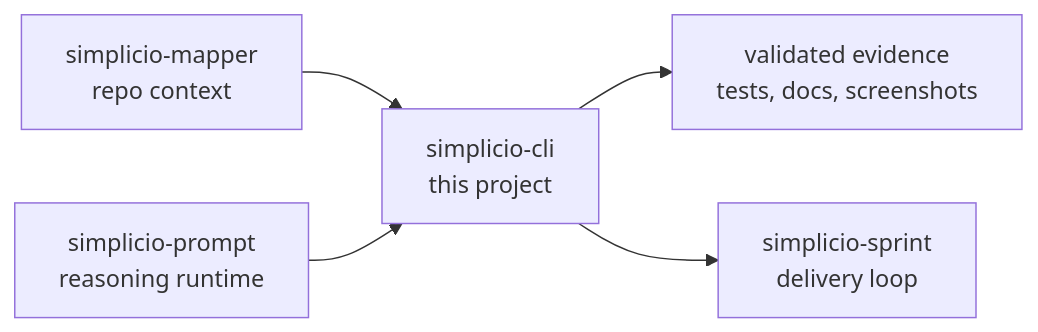
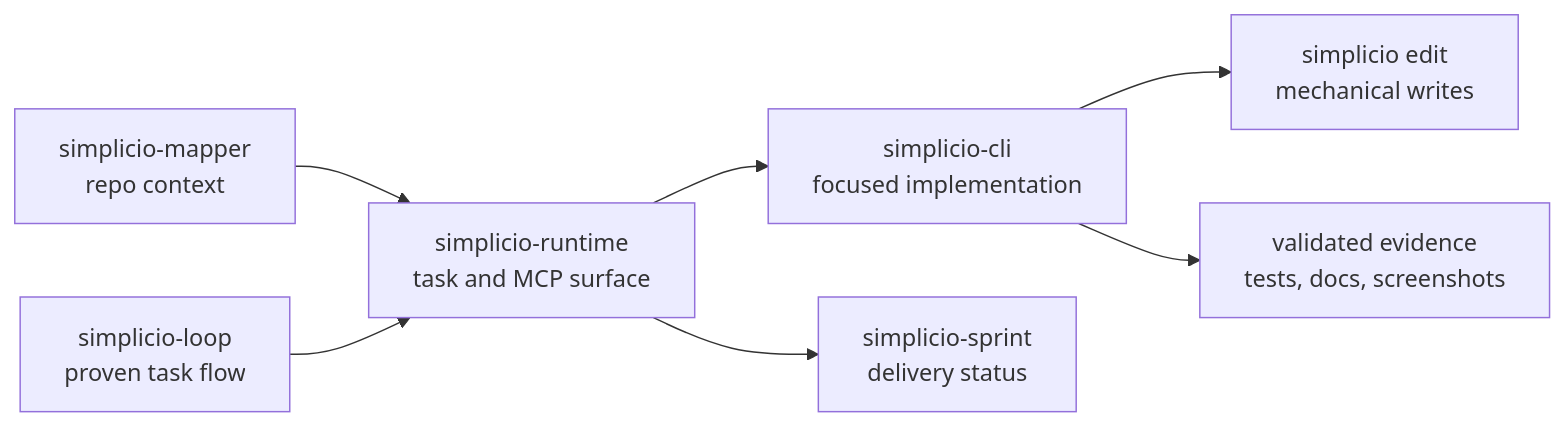
The diagram in README.md (simpletibr/simplicio-loop), drawn with Mermaid before and after one commit. The commit also changed other lines of this file and 16 other files, not shown here.

````diff
--- a/README.md
+++ b/README.md
@@ -61,12 +61,16 @@
 ```mermaid
 flowchart LR
   mapper["simplicio-mapper
-repo context"] --> current["simplicio-cli
-this project"]
-  prompt["simplicio-prompt
-reasoning runtime"] --> current
+repo context"] --> runtime["simplicio-runtime
+task and MCP surface"]
+  loop["simplicio-loop
+proven task flow"] --> runtime
+  runtime --> current["simplicio-cli
+focused implementation"]
+  current --> edit["simplicio edit
+mechanical writes"]
   current --> evidence["validated evidence
 tests, docs, screenshots"]
-  current --> sprint["simplicio-sprint
-delivery loop"]
+  runtime --> sprint["simplicio-sprint
+delivery status"]
 ```
````
